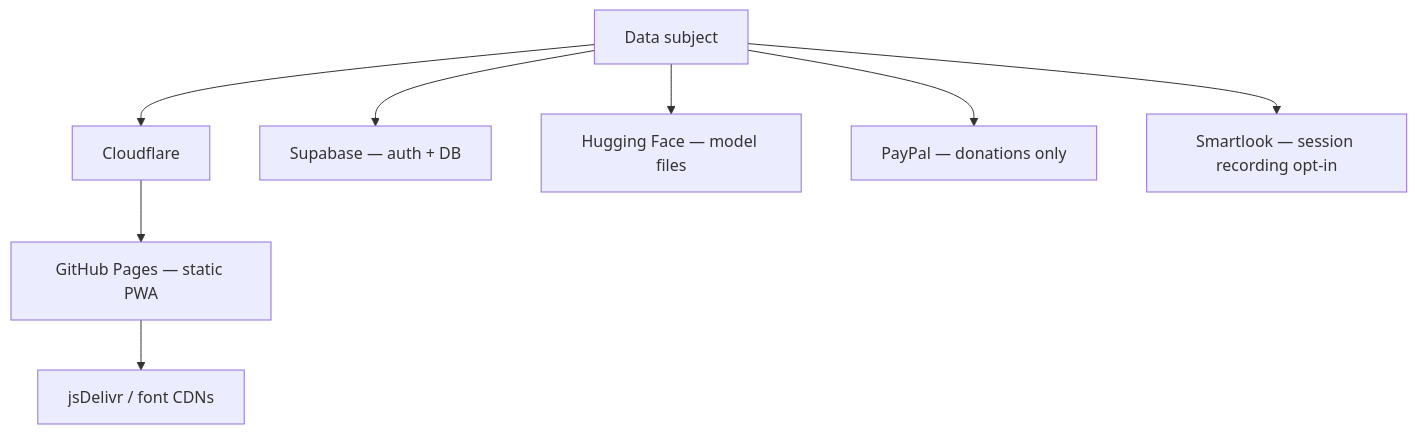
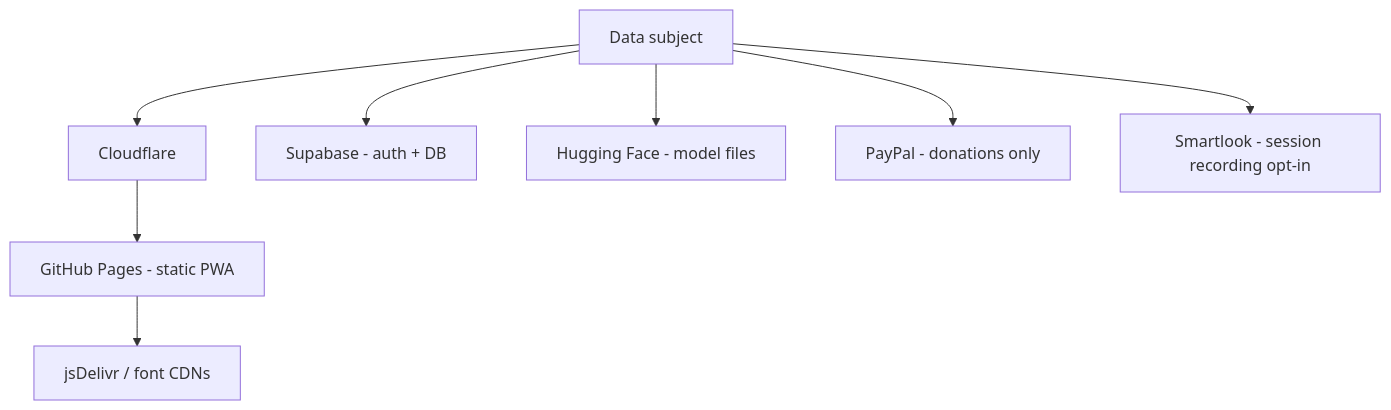
The diagram in docs/privacy/subprocessors.md (Metaheurist/Rianell), drawn with Mermaid before and after one commit. The commit also changed other lines of this file and 294 other files, not shown here.

````diff
--- a/docs/privacy/subprocessors.md
+++ b/docs/privacy/subprocessors.md
@@ -45,11 +45,11 @@
 ```mermaid
 flowchart TB
   User[Data subject]
   User --> CF[Cloudflare]
-  CF --> GHP[GitHub Pages — static PWA]
-  User --> SB[Supabase — auth + DB]
-  User --> HF[Hugging Face — model files]
-  User --> PP[PayPal — donations only]
-  User --> SL[Smartlook — session recording opt-in]
+  CF --> GHP[GitHub Pages - static PWA]
+  User --> SB[Supabase - auth + DB]
+  User --> HF[Hugging Face - model files]
+  User --> PP[PayPal - donations only]
+  User --> SL[Smartlook - session recording opt-in]
   GHP --> CDN[jsDelivr / font CDNs]
 ```
````
